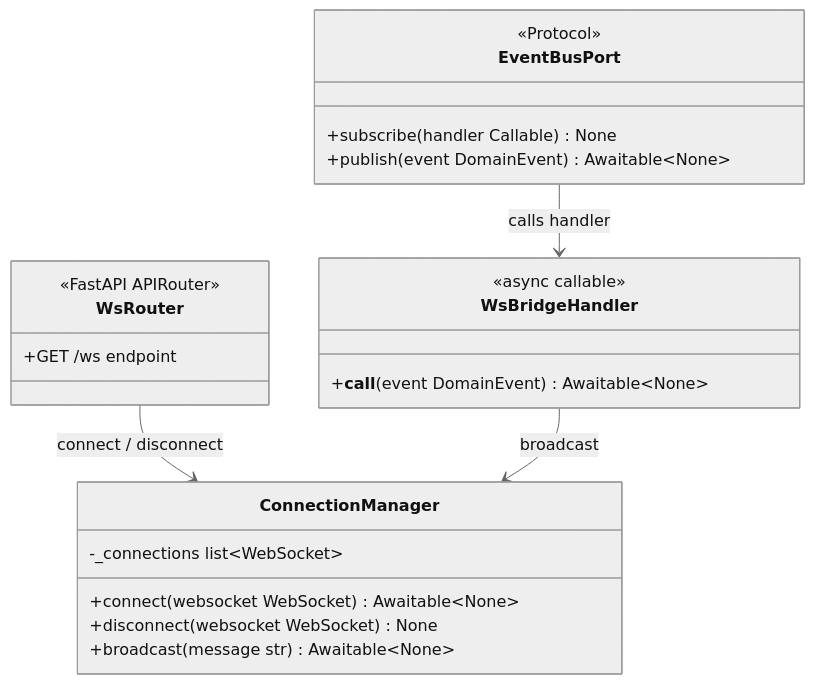
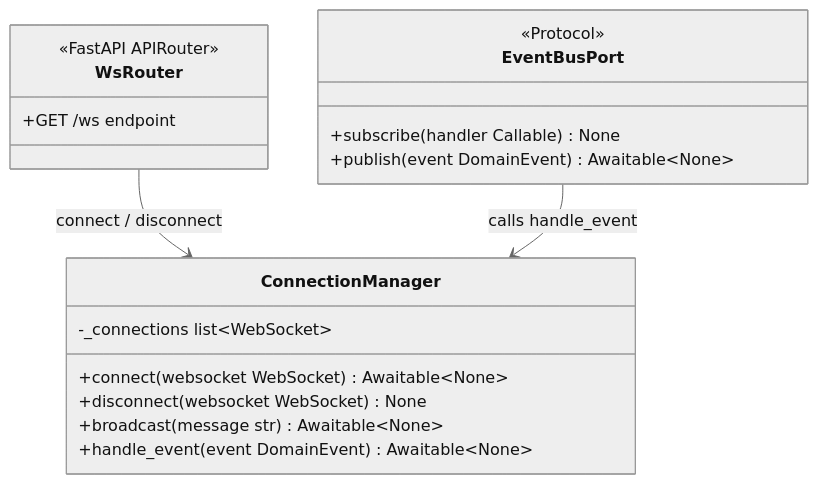
One commit to bakufu-dev/bakufu changed the first of 5 diagrams in docs/features/websocket-broadcast/http-api/basic-design.md. Above: the diagram before and after it, drawn with Mermaid (neutral theme). The commit also changed other lines of this file and 1 other file, not shown here.

First line of the commit message:
docs(websocket-broadcast/http-api): レビュー指摘対応（修正1〜3）

````diff
--- a/docs/features/websocket-broadcast/http-api/basic-design.md
+++ b/docs/features/websocket-broadcast/http-api/basic-design.md
@@ -94,25 +94,21 @@
 ```mermaid
 classDiagram
     class ConnectionManager {
         -_connections list~WebSocket~
         +connect(websocket WebSocket) Awaitable~None~
         +disconnect(websocket WebSocket) None
         +broadcast(message str) Awaitable~None~
-    }
-    class WsBridgeHandler {
-        <<async callable>>
-        +__call__(event DomainEvent) Awaitable~None~
+        +handle_event(event DomainEvent) Awaitable~None~
     }
     class EventBusPort {
         <<Protocol>>
         +subscribe(handler Callable) None
         +publish(event DomainEvent) Awaitable~None~
     }
     class WsRouter {
         <<FastAPI APIRouter>>
         +GET /ws endpoint
     }
     WsRouter --> ConnectionManager : connect / disconnect
-    WsBridgeHandler --> ConnectionManager : broadcast
-    EventBusPort --> WsBridgeHandler : calls handler
+    EventBusPort --> ConnectionManager : calls handle_event
 ```
````
